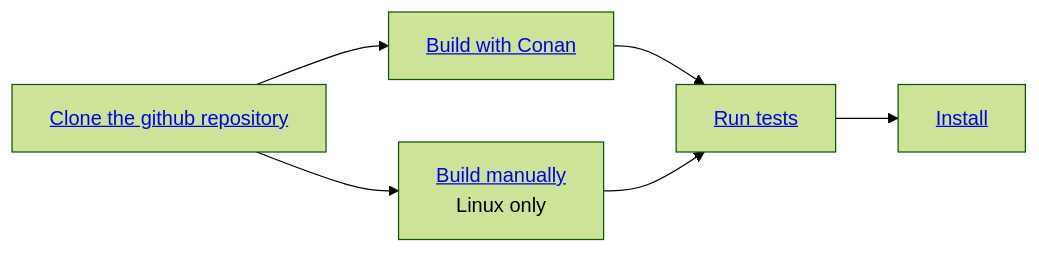
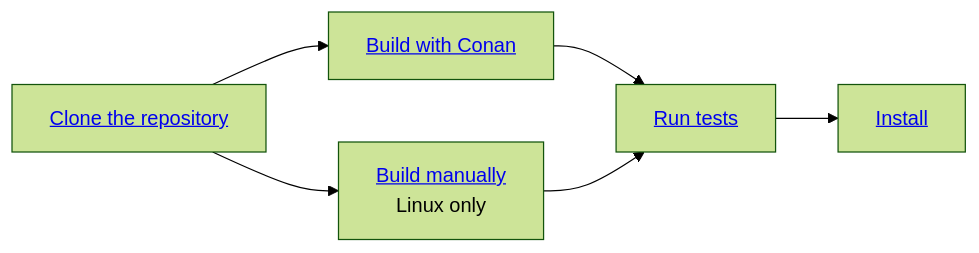
The diagram in docs/building.md (MarcelloPerathoner/osrm-backend), drawn with Mermaid (forest theme) before and after one commit. The commit also changed other lines of this file and 4 other files, not shown here.

````diff
--- a/docs/building.md
+++ b/docs/building.md
@@ -7,11 +7,11 @@
 ```mermaid
 graph LR;
-    clone[<a href="#clone">Clone the github repository</a>]
+    clone[<a href="#clone">Clone the repository</a>]
     conan[<a href="#conan">Build with Conan</a>]
     manually[<a href="#build-manually">Build manually</a><br/>Linux only]
     test[<a href="#tests">Run tests</a>]
     install[<a href="#install">Install</a>]
     clone-->conan;    conan-->test;
     clone-->manually; manually-->test;
     test-->install
 ```
````
